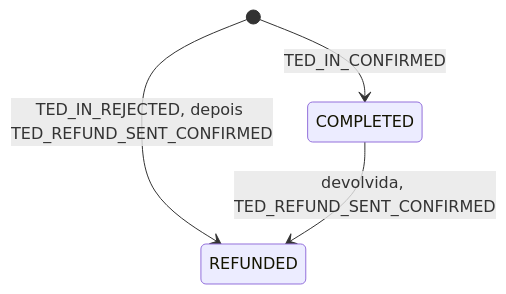
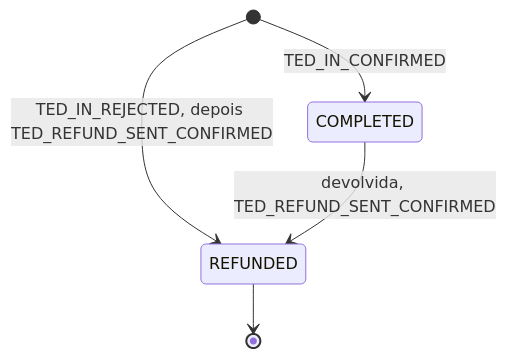
The second of 2 diagrams in docs/ted/ted-lifecycle.md (woovibr/woovi-developers), drawn with Mermaid before and after one commit. The commit also changed other lines of this file, not shown here.

First line of the commit message:
docs(ted): REFUNDED is a final status

````diff
--- a/docs/ted/ted-lifecycle.md
+++ b/docs/ted/ted-lifecycle.md
@@ -62,6 +67,7 @@
 ```mermaid
 stateDiagram-v2
     [*] --> COMPLETED: TED_IN_CONFIRMED
     [*] --> REFUNDED: TED_IN_REJECTED, depois TED_REFUND_SENT_CONFIRMED
     COMPLETED --> REFUNDED: devolvida, TED_REFUND_SENT_CONFIRMED
+    REFUNDED --> [*]
 ```
````
